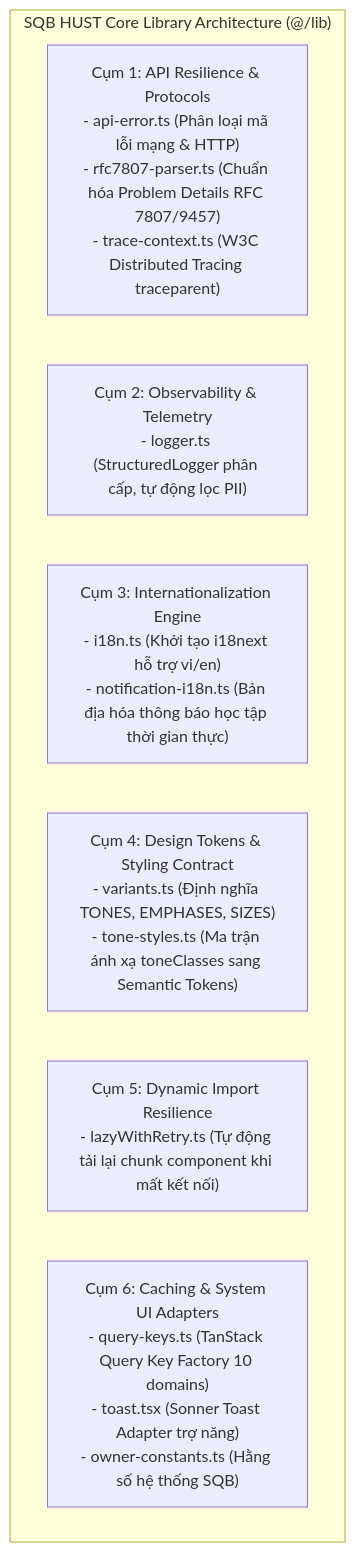
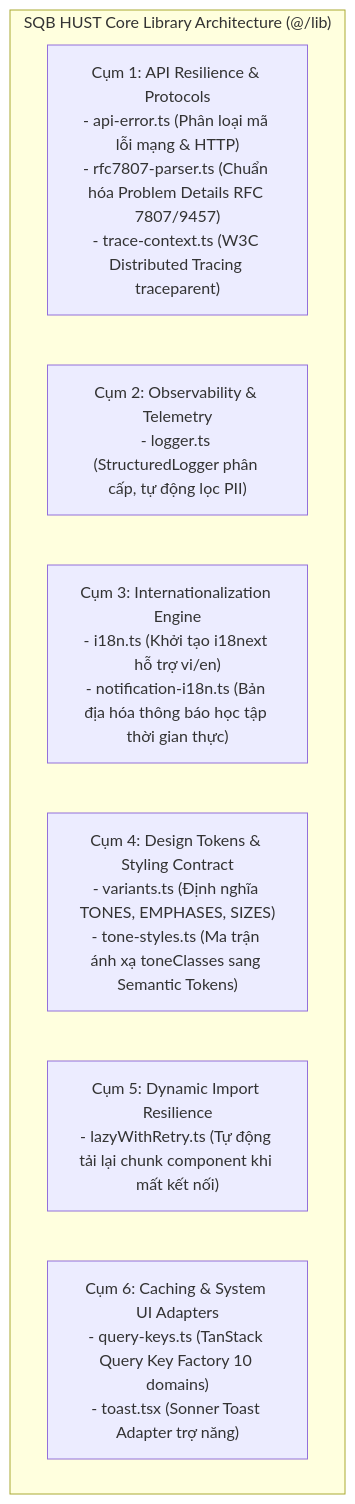
Before and after one commit to lethanhan01/Social-network-for-student-Generated-Question-Bank: the diagram in src/lib/README.md, drawn with Mermaid. The commit also changed other lines of this file and 125 other files, not shown here.

````diff
--- a/src/lib/README.md
+++ b/src/lib/README.md
@@ -31,11 +31,11 @@
 ```mermaid
 graph TD
     subgraph "SQB HUST Core Library Architecture (@/lib)"
         C1["Cụm 1: API Resilience & Protocols<br/>- api-error.ts (Phân loại mã lỗi mạng & HTTP)<br/>- rfc7807-parser.ts (Chuẩn hóa Problem Details RFC 7807/9457)<br/>- trace-context.ts (W3C Distributed Tracing traceparent)"]
         C2["Cụm 2: Observability & Telemetry<br/>- logger.ts (StructuredLogger phân cấp, tự động lọc PII)"]
         C3["Cụm 3: Internationalization Engine<br/>- i18n.ts (Khởi tạo i18next hỗ trợ vi/en)<br/>- notification-i18n.ts (Bản địa hóa thông báo học tập thời gian thực)"]
         C4["Cụm 4: Design Tokens & Styling Contract<br/>- variants.ts (Định nghĩa TONES, EMPHASES, SIZES)<br/>- tone-styles.ts (Ma trận ánh xạ toneClasses sang Semantic Tokens)"]
         C5["Cụm 5: Dynamic Import Resilience<br/>- lazyWithRetry.ts (Tự động tải lại chunk component khi mất kết nối)"]
-        C6["Cụm 6: Caching & System UI Adapters<br/>- query-keys.ts (TanStack Query Key Factory 10 domains)<br/>- toast.tsx (Sonner Toast Adapter trợ năng)<br/>- owner-constants.ts (Hằng số hệ thống SQB)"]
+        C6["Cụm 6: Caching & System UI Adapters<br/>- query-keys.ts (TanStack Query Key Factory 10 domains)<br/>- toast.tsx (Sonner Toast Adapter trợ năng)"]
     end
 ```
````
